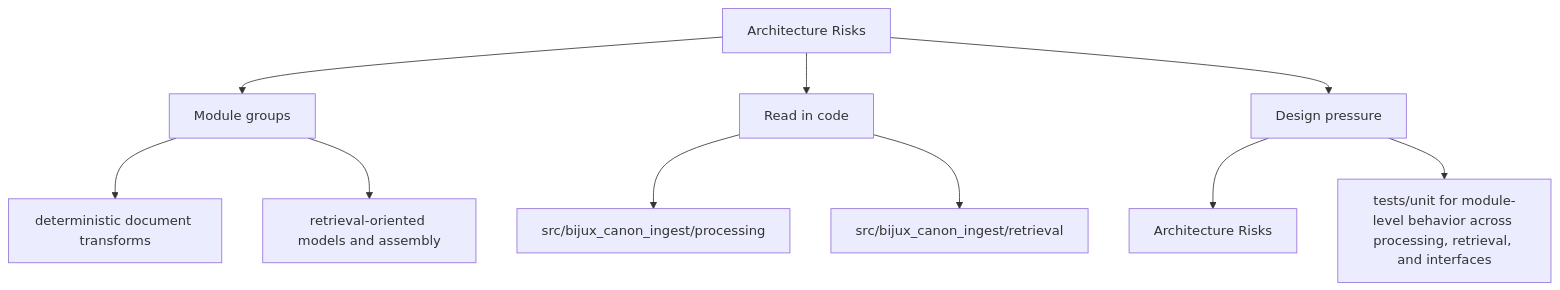
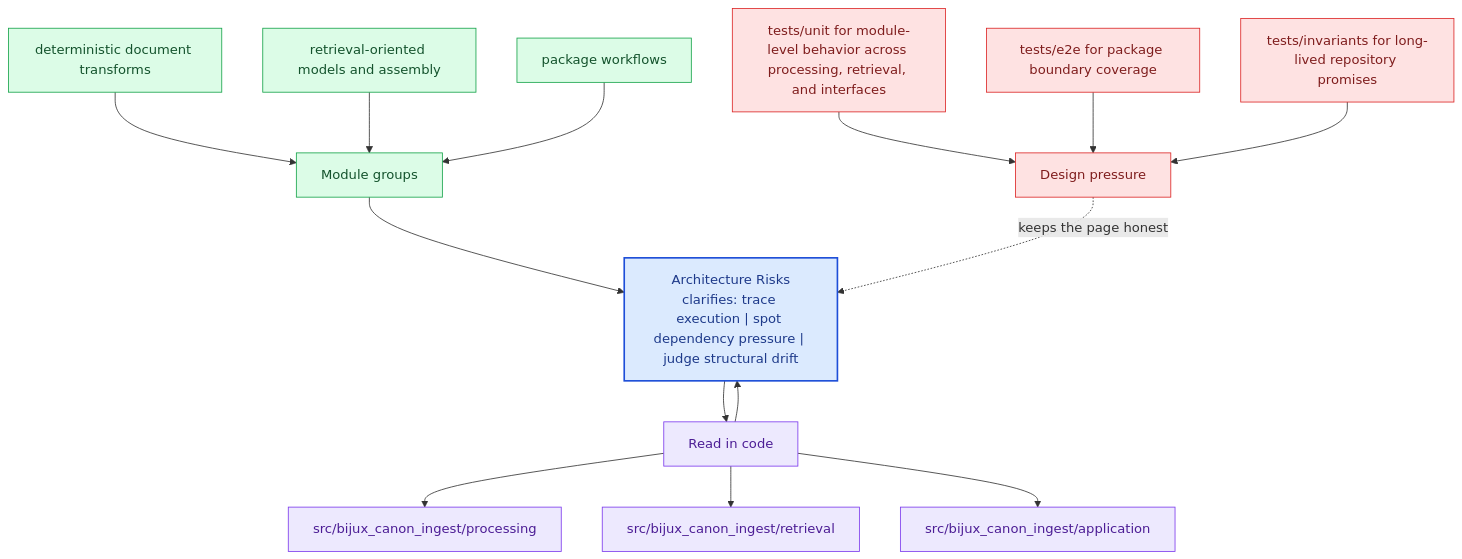
Before and after one commit to bijux/bijux-canon: the second of 2 diagrams in docs/bijux-canon-ingest/architecture/architecture-risks.md, drawn with Mermaid. The commit also changed other lines of this file and 281 other files, not shown here.

Commit message:
docs(diagrams): deepen handbook mermaid maps across the catalog

````diff
--- a/docs/bijux-canon-ingest/architecture/architecture-risks.md
+++ b/docs/bijux-canon-ingest/architecture/architecture-risks.md
@@ -34,22 +67,40 @@
 ```mermaid
-flowchart TD
-    page["Architecture Risks"]
+flowchart TB
+    promise["Architecture Risks<br/>clarifies: trace execution | spot dependency pressure | judge structural drift"]
+    classDef promise fill:#dbeafe,stroke:#1d4ed8,color:#1e3a8a,stroke-width:2px;
+    classDef driver fill:#dcfce7,stroke:#16a34a,color:#14532d;
+    classDef constraint fill:#fee2e2,stroke:#dc2626,color:#7f1d1d;
+    classDef ground fill:#ede9fe,stroke:#7c3aed,color:#4c1d95;
     focus1["Module groups"]
-    page --> focus1
+    focus1 --> promise
     focus1_1["deterministic document transforms"]
-    focus1 --> focus1_1
+    focus1_1 --> focus1
     focus1_2["retrieval-oriented models and assembly"]
-    focus1 --> focus1_2
+    focus1_2 --> focus1
+    focus1_3["package workflows"]
+    focus1_3 --> focus1
+    class focus1 driver;
+    class focus1_1,focus1_2,focus1_3 driver;
     focus2["Read in code"]
-    page --> focus2
+    focus2 --> promise
+    promise --> focus2
     focus2_1["src/bijux_canon_ingest/processing"]
     focus2 --> focus2_1
     focus2_2["src/bijux_canon_ingest/retrieval"]
     focus2 --> focus2_2
+    focus2_3["src/bijux_canon_ingest/application"]
+    focus2 --> focus2_3
+    class focus2 ground;
+    class focus2_1,focus2_2,focus2_3 ground;
     focus3["Design pressure"]
-    page --> focus3
-    focus3_1["Architecture Risks"]
-    focus3 --> focus3_1
-    focus3_2["tests/unit for module-level behavior across processing, retrieval, and interfaces"]
-    focus3 --> focus3_2
+    focus3 -.keeps the page honest.-> promise
+    focus3_1["tests/unit for module-level behavior across processing, retrieval, and interfaces"]
+    focus3_1 --> focus3
+    focus3_2["tests/e2e for package boundary coverage"]
+    focus3_2 --> focus3
+    focus3_3["tests/invariants for long-lived repository promises"]
+    focus3_3 --> focus3
+    class focus3 constraint;
+    class focus3_1,focus3_2,focus3_3 constraint;
+    class promise promise;
 ```
````
